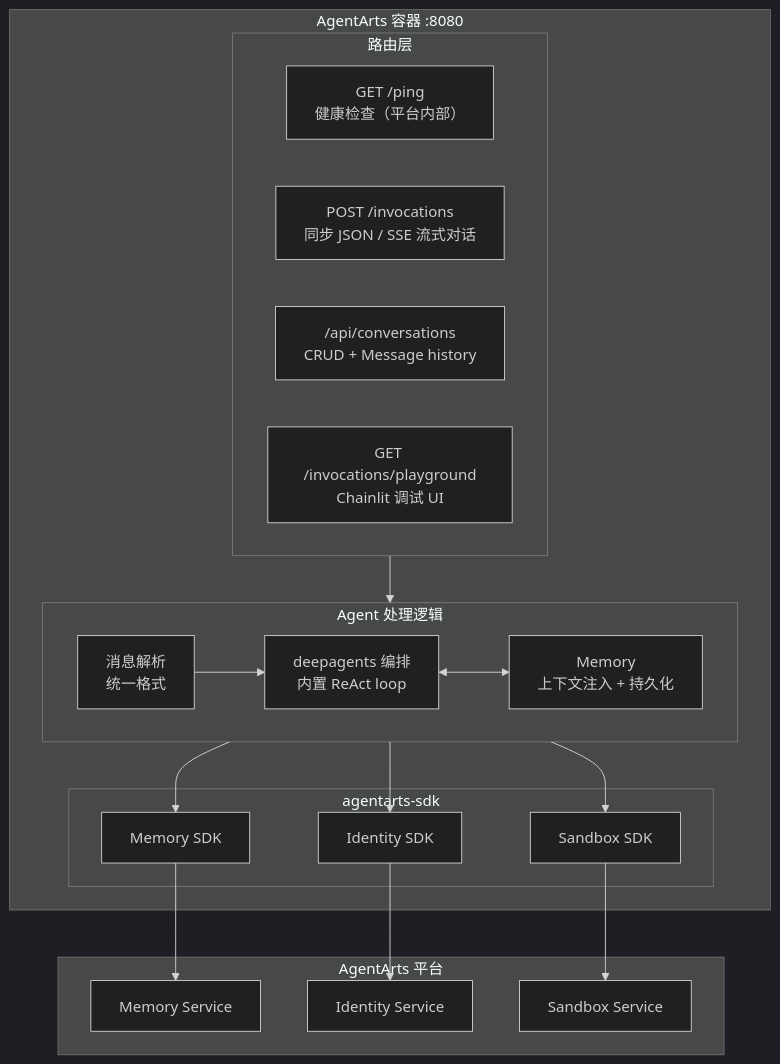
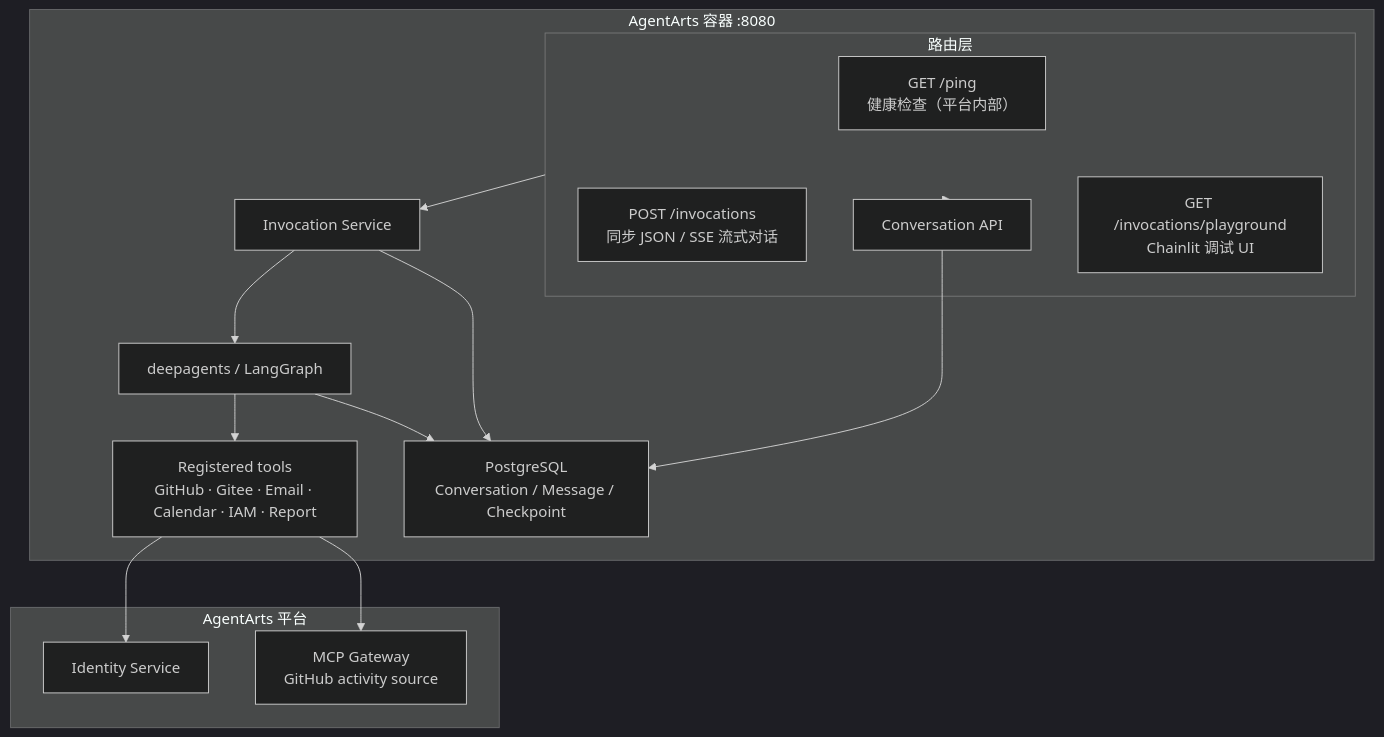
The first of 7 diagrams in personal-assistant-meta/architecture/backend_architecture.md (git-malu/personal-assistant), drawn with Mermaid (dark theme) before and after one commit. The commit also changed other lines of this file and 2 other files, not shown here.

First line of the commit message:
docs: align backend, frontend, and local-dev architecture with current implementation baseline

````diff
--- a/personal-assistant-meta/architecture/backend_architecture.md
+++ b/personal-assistant-meta/architecture/backend_architecture.md
@@ -13,37 +13,32 @@
 ```mermaid
 flowchart TB
     subgraph Container["AgentArts 容器 :8080"]
         subgraph Routes["路由层"]
             Ping["GET /ping<br/>健康检查（平台内部）"]
             Invoke["POST /invocations<br/>同步 JSON / SSE 流式对话"]
             Conversations["/api/conversations<br/>CRUD + Message history"]
             Playground["GET /invocations/playground<br/>Chainlit 调试 UI"]
         end
 
-        subgraph Handler["Agent 处理逻辑"]
-            direction LR
-            Parse["消息解析<br/>统一格式"]
-            Orchestrate["deepagents 编排<br/>内置 ReAct loop"]
-            Memory["Memory<br/>上下文注入 + 持久化"]
-        end
-
-        subgraph SDK["agentarts-sdk"]
-            MemSDK["Memory SDK"]
-            IdentitySDK["Identity SDK"]
-            SandboxSDK["Sandbox SDK"]
-        end
+        Invocation["Invocation Service"]
+        Conversations["Conversation API"]
+        Agent["deepagents / LangGraph"]
+        Tools["Registered tools<br/>GitHub · Gitee · Email · Calendar · IAM · Report"]
+        Database["PostgreSQL<br/>Conversation / Message / Checkpoint"]
     end
 
     subgraph Platform["AgentArts 平台"]
-        MemSvc["Memory Service"]
         IdSvc["Identity Service"]
-        SandSvc["Sandbox Service"]
+        MCP["MCP Gateway<br/>GitHub activity source"]
     end
 
-    Routes --> Parse
-    Parse --> Orchestrate
-    Orchestrate <--> Memory
-    Memory --> MemSDK --> MemSvc
-    Orchestrate --> IdentitySDK --> IdSvc
-    Orchestrate --> SandboxSDK --> SandSvc
+    Routes --> Invocation
+    Routes --> Conversations
+    Invocation --> Agent
+    Agent --> Tools
+    Invocation --> Database
+    Conversations --> Database
+    Agent --> Database
+    Tools --> IdSvc
+    Tools --> MCP
 ```
````
